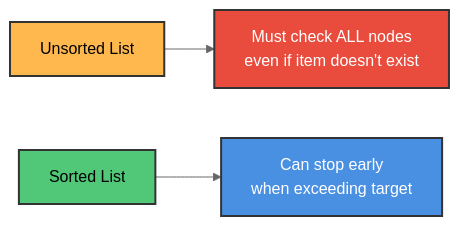
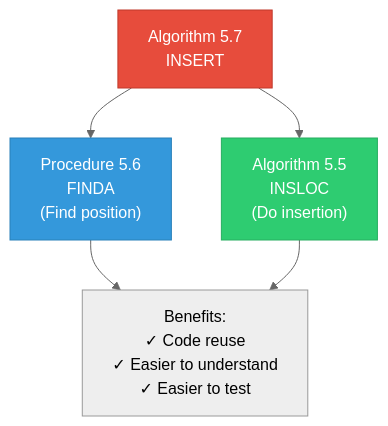
Before and after one commit to M-F-Tushar/CSE-2101-Data-Structure: diagram 17 of 27 in Chapter 5 - Linked Lists/README.md, drawn with Mermaid (neutral theme). The commit also changed other lines of this file, not shown here.

````diff
--- a/Chapter 5 - Linked Lists/README.md
+++ b/Chapter 5 - Linked Lists/README.md
@@ -1339,10 +697,12 @@
 ```mermaid
-graph LR
-    A["Unsorted List"] --> B["Must check ALL nodes<br/>even if item doesn't exist"]
-    C["Sorted List"] --> D["Can stop early<br/>when exceeding target"]
+graph TD
+    A["Algorithm 5.7<br/>INSERT"] --> B["Procedure 5.6<br/>FINDA<br/>(Find position)"]
+    A --> C["Algorithm 5.5<br/>INSLOC<br/>(Do insertion)"]
     
-    style A fill:#FFB84D,stroke:#333,stroke-width:2px,color:#000
-    style B fill:#E94B3C,stroke:#333,stroke-width:2px,color:#fff
-    style C fill:#50C878,stroke:#333,stroke-width:2px,color:#000
-    style D fill:#4A90E2,stroke:#333,stroke-width:2px,color:#fff
+    B --> D["Benefits:<br/>✓ Code reuse<br/>✓ Easier to understand<br/>✓ Easier to test"]
+    C --> D
+    
+    style A fill:#e74c3c,stroke:#c0392b,color:#fff
+    style B fill:#3498db,stroke:#2980b9,color:#fff
+    style C fill:#2ecc71,stroke:#27ae60,color:#fff
 ```
````
